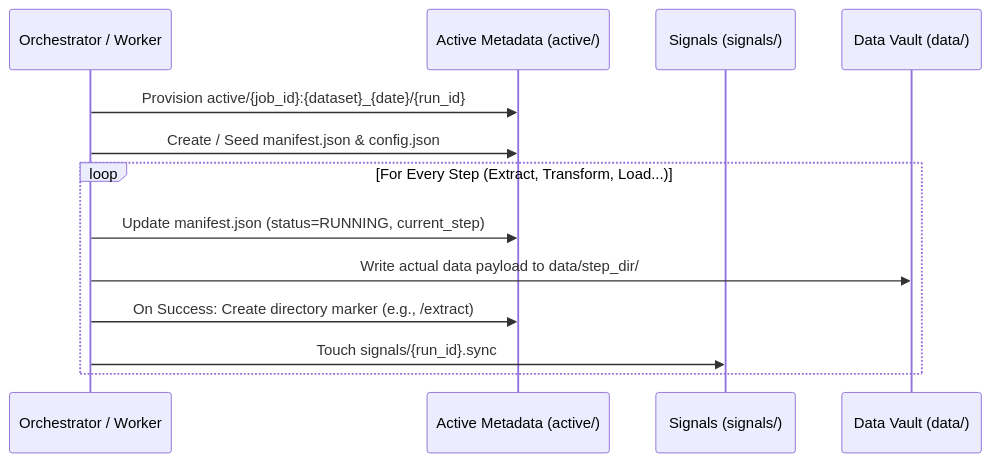
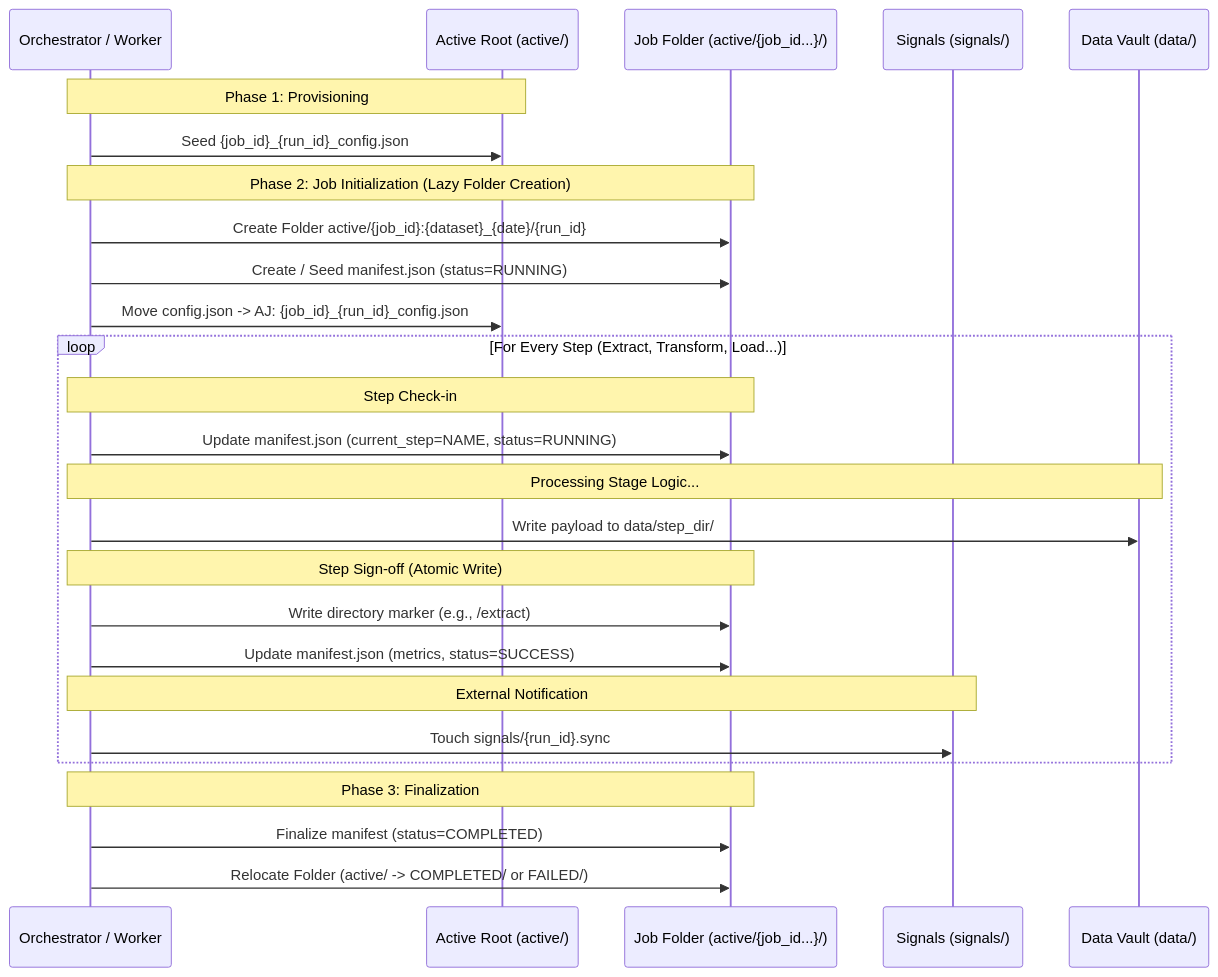
One commit to RaymondOnn/data-ops-toolkit changed the first of 2 diagrams in apps/ingestion/src/core/models/steps/job_lifecycle_folder_structure.md. Above: the diagram before and after it, drawn with Mermaid. The commit also changed other lines of this file and 46 other files, not shown here.

````diff
--- a/apps/ingestion/src/core/models/steps/job_lifecycle_folder_structure.md
+++ b/apps/ingestion/src/core/models/steps/job_lifecycle_folder_structure.md
@@ -46,17 +46,35 @@
 ```mermaid
 sequenceDiagram
     participant O as Orchestrator / Worker
-    participant A as Active Metadata (active/)
+    participant AR as Active Root (active/)
+    participant AJ as Job Folder (active/{job_id...}/)
     participant S as Signals (signals/)
     participant D as Data Vault (data/)
 
-    O->>A: Provision active/{job_id}:{dataset}_{date}/{run_id}
-    O->>A: Create / Seed manifest.json & config.json
+    Note over O,AR: Phase 1: Provisioning
+    O->>AR: Seed {job_id}_{run_id}_config.json
+    
+    Note over O,AJ: Phase 2: Job Initialization (Lazy Folder Creation)
+    O->>AJ: Create Folder active/{job_id}:{dataset}_{date}/{run_id}
+    O->>AJ: Create / Seed manifest.json (status=RUNNING)
+    O->>AR: Move config.json -> AJ: {job_id}_{run_id}_config.json
     
     loop For Every Step (Extract, Transform, Load...)
-        O->>A: Update manifest.json (status=RUNNING, current_step)
-        O->>D: Write actual data payload to data/step_dir/
-        O->>A: On Success: Create directory marker (e.g., /extract)
+        Note over O,AJ: Step Check-in
+        O->>AJ: Update manifest.json (current_step=NAME, status=RUNNING)
+        
+        Note over O,D: Processing Stage Logic...
+        O->>D: Write payload to data/step_dir/
+        
+        Note over O,AJ: Step Sign-off (Atomic Write)
+        O->>AJ: Write directory marker (e.g., /extract)
+        O->>AJ: Update manifest.json (metrics, status=SUCCESS)
+        
+        Note over O,S: External Notification
         O->>S: Touch signals/{run_id}.sync
     end
+
+    Note over O,AJ: Phase 3: Finalization
+    O->>AJ: Finalize manifest (status=COMPLETED)
+    O->>AJ: Relocate Folder (active/ -> COMPLETED/ or FAILED/)
 ```
````
